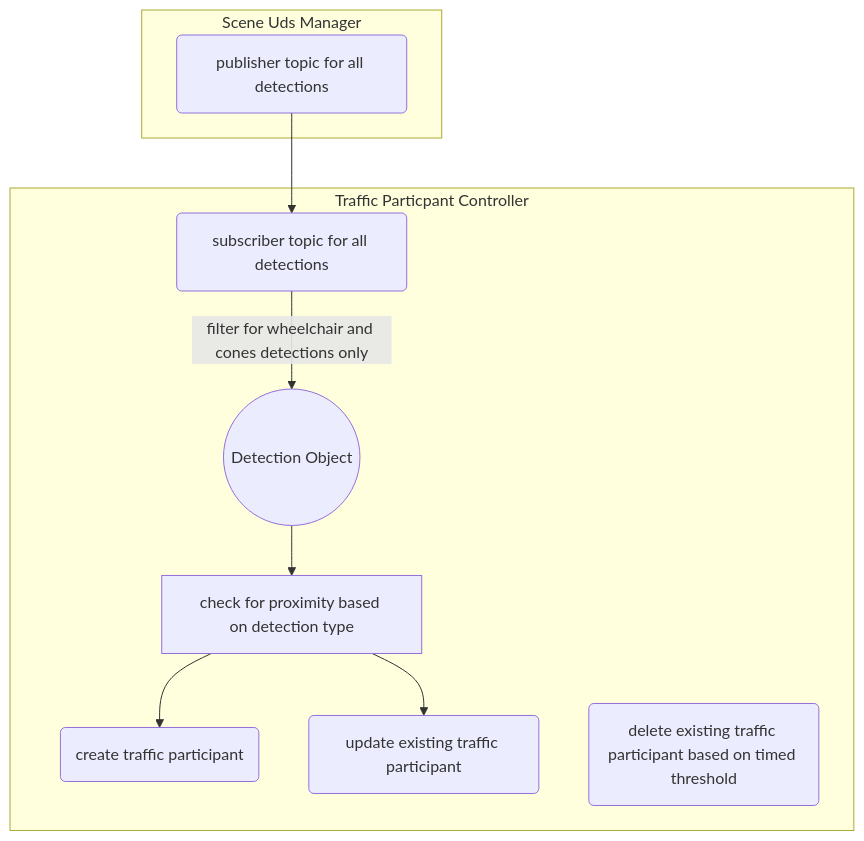
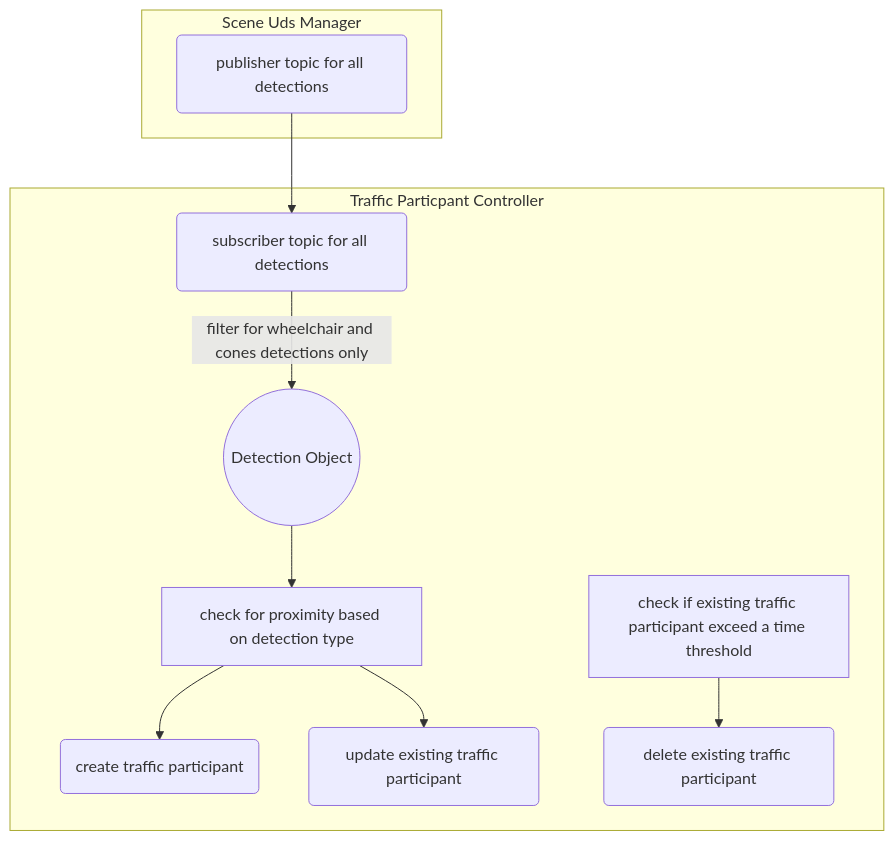
One commit to mxgrey/su_traffic_participant changed the diagram in README.md. Above: the diagram before and after it, drawn with Mermaid.

````diff
--- a/README.md
+++ b/README.md
@@ -5,18 +5,19 @@
 ```mermaid
 graph TB
 
   Publisher --> Subscriber
   subgraph "Scene Uds Manager"
   Publisher(publisher topic for all detections)
   end
 
   subgraph "Traffic Particpant Controller"
   Subscriber(subscriber topic for all detections)
   Subscriber -- filter for wheelchair and cones detections only --> Detection((Detection Object))
   Detection --> Proximity[check for proximity based on detection type]
   Proximity --> Create(create traffic participant)
   Proximity --> Update(update existing traffic participant)
-  Delete(delete existing traffic participant based on timed threshold)
+  TimedThreshold[check if existing traffic participant exceed a time threshold] --> Delete(delete existing traffic participant)
+  
 
 end
 ```
````
